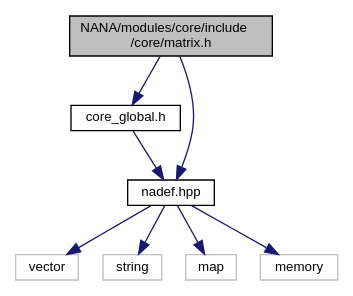
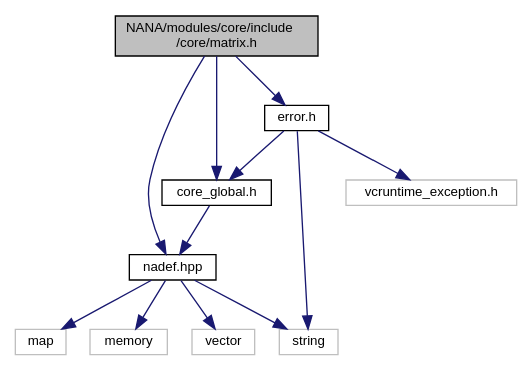
Before and after one commit to YuruTu/NANA: the diagram in docs/matrix_8h__incl.dot, drawn with Graphviz. The commit also changed 99 other files, not shown here.

```diff
--- a/docs/matrix_8h__incl.dot
+++ b/docs/matrix_8h__incl.dot
@@ -1,20 +1,26 @@
 digraph "NANA/modules/core/include/core/matrix.h"
 {
  // LATEX_PDF_SIZE
   edge [fontname="Helvetica",fontsize="10",labelfontname="Helvetica",labelfontsize="10"];
   node [fontname="Helvetica",fontsize="10",shape=record];
   Node1 [label="NANA/modules/core/include\l/core/matrix.h",height=0.2,width=0.4,color="black", fillcolor="grey75", style="filled", fontcolor="black",tooltip="简单矩阵类(效率不高，但易于理解，很多时候会触发复制构造函数)，不同于Mat"];
   Node1 -> Node2 [color="midnightblue",fontsize="10",style="solid",fontname="Helvetica"];
   Node2 [label="core_global.h",height=0.2,width=0.4,color="black", fillcolor="white", style="filled",URL="$core__global_8h.html",tooltip="全局头文件"];
   Node2 -> Node3 [color="midnightblue",fontsize="10",style="solid",fontname="Helvetica"];
   Node3 [label="nadef.hpp",height=0.2,width=0.4,color="black", fillcolor="white", style="filled",URL="$nadef_8hpp_source.html",tooltip=" "];
   Node3 -> Node4 [color="midnightblue",fontsize="10",style="solid",fontname="Helvetica"];
   Node4 [label="vector",height=0.2,width=0.4,color="grey75", fillcolor="white", style="filled",tooltip=" "];
   Node3 -> Node5 [color="midnightblue",fontsize="10",style="solid",fontname="Helvetica"];
   Node5 [label="string",height=0.2,width=0.4,color="grey75", fillcolor="white", style="filled",tooltip=" "];
   Node3 -> Node6 [color="midnightblue",fontsize="10",style="solid",fontname="Helvetica"];
   Node6 [label="map",height=0.2,width=0.4,color="grey75", fillcolor="white", style="filled",tooltip=" "];
   Node3 -> Node7 [color="midnightblue",fontsize="10",style="solid",fontname="Helvetica"];
   Node7 [label="memory",height=0.2,width=0.4,color="grey75", fillcolor="white", style="filled",tooltip=" "];
+  Node1 -> Node8 [color="midnightblue",fontsize="10",style="solid",fontname="Helvetica"];
+  Node8 [label="error.h",height=0.2,width=0.4,color="black", fillcolor="white", style="filled",URL="$error_8h.html",tooltip="用于抛出异常"];
+  Node8 -> Node2 [color="midnightblue",fontsize="10",style="solid",fontname="Helvetica"];
+  Node8 -> Node9 [color="midnightblue",fontsize="10",style="solid",fontname="Helvetica"];
+  Node9 [label="vcruntime_exception.h",height=0.2,width=0.4,color="grey75", fillcolor="white", style="filled",tooltip=" "];
+  Node8 -> Node5 [color="midnightblue",fontsize="10",style="solid",fontname="Helvetica"];
   Node1 -> Node3 [color="midnightblue",fontsize="10",style="solid",fontname="Helvetica"];
 }
```
